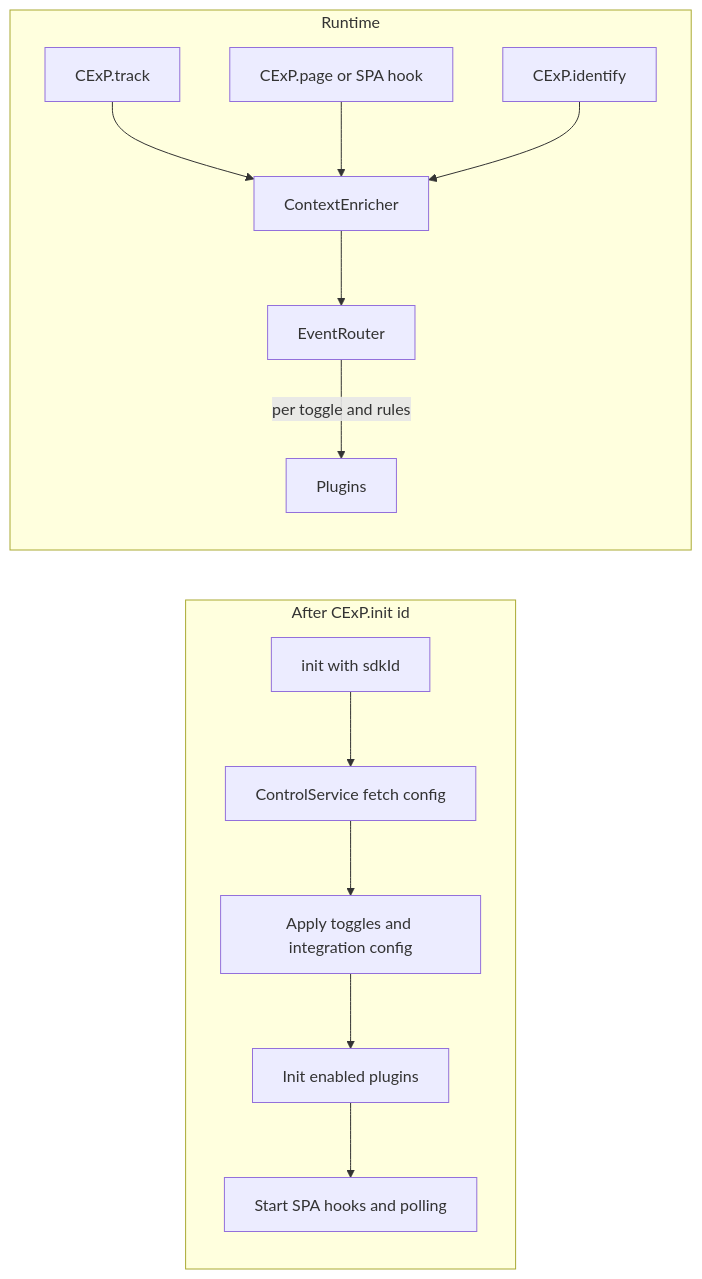
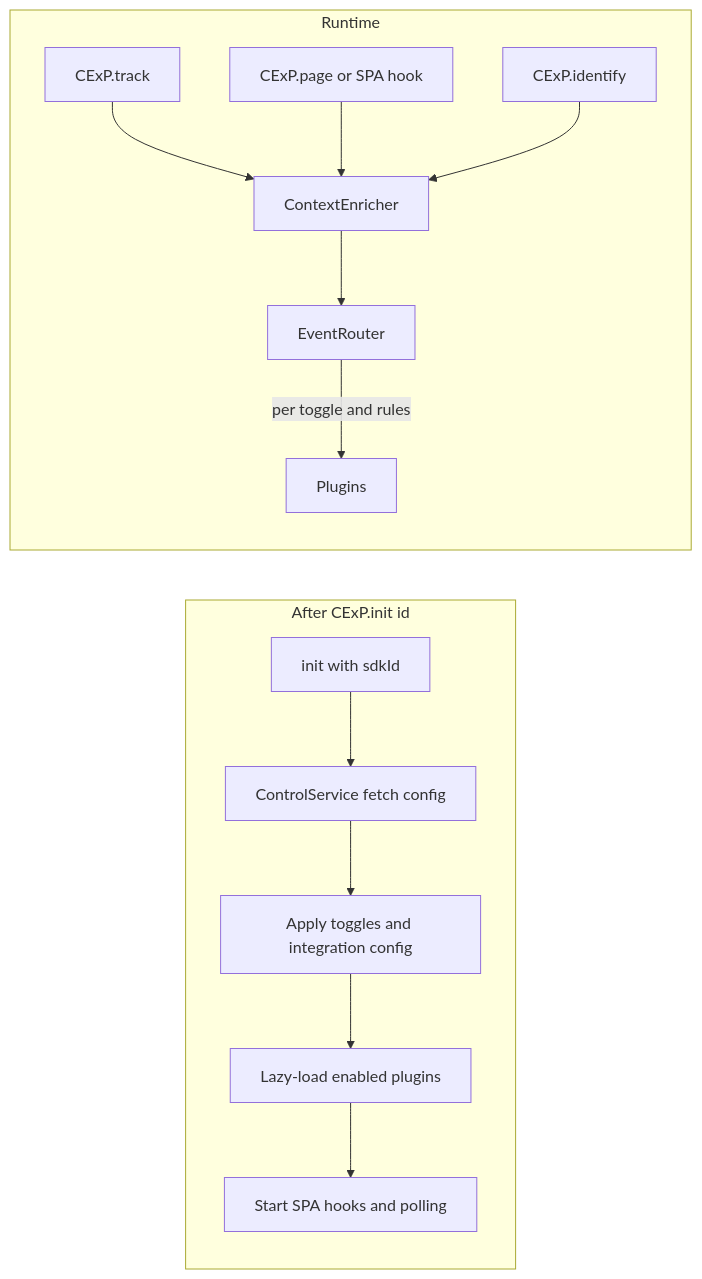
The third of 6 diagrams in docs/superpowers/architecture/2026-03-20-cexp-hub-sdk-system-architecture.md (CExP-dev/cexp-hub-sdk), drawn with Mermaid before and after one commit. The commit also changed other lines of this file and 1 other file, not shown here.

First line of the commit message:
docs: integrate-once and lazy load architecture

````diff
--- a/docs/superpowers/architecture/2026-03-20-cexp-hub-sdk-system-architecture.md
+++ b/docs/superpowers/architecture/2026-03-20-cexp-hub-sdk-system-architecture.md
@@ -96,17 +100,17 @@
 ```mermaid
 flowchart LR
   subgraph initPhase [After CExP.init id]
     A[init with sdkId] --> B[ControlService fetch config]
     B --> C[Apply toggles and integration config]
-    C --> D[Init enabled plugins]
+    C --> D[Lazy-load enabled plugins]
     D --> E[Start SPA hooks and polling]
   end
 
   subgraph runtimePhase [Runtime]
     T[CExP.track] --> F[ContextEnricher]
     P[CExP.page or SPA hook] --> F
     I[CExP.identify] --> F
     F --> G[EventRouter]
     G -->|"per toggle and rules"| H[Plugins]
   end
 ```
````
